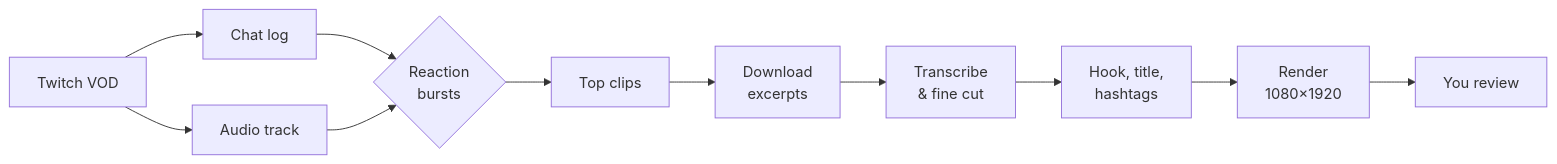
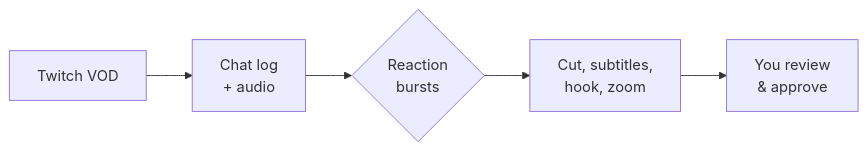
Before and after one commit to Kak5uspo/clip-it: the diagram in README.md, drawn with Mermaid. The commit also changed other lines of this file, not shown here.

Commit message:
README: larger flow diagram, table header

````diff
--- a/README.md
+++ b/README.md
@@ -40,13 +40,7 @@
 ```mermaid
 flowchart LR
-    A[Twitch VOD] --> B[Chat log]
+    A[Twitch VOD] --> B[Chat log<br>+ audio]
     B --> C{Reaction<br>bursts}
-    A --> D[Audio track]
-    D --> C
-    C --> E[Top clips]
-    E --> F[Download<br>excerpts]
-    F --> G[Transcribe<br>& fine cut]
-    G --> H[Hook, title,<br>hashtags]
-    H --> I[Render<br>1080×1920]
-    I --> J[You review]
+    C --> D[Cut, subtitles,<br>hook, zoom]
+    D --> E[You review<br>& approve]
 ```
````
